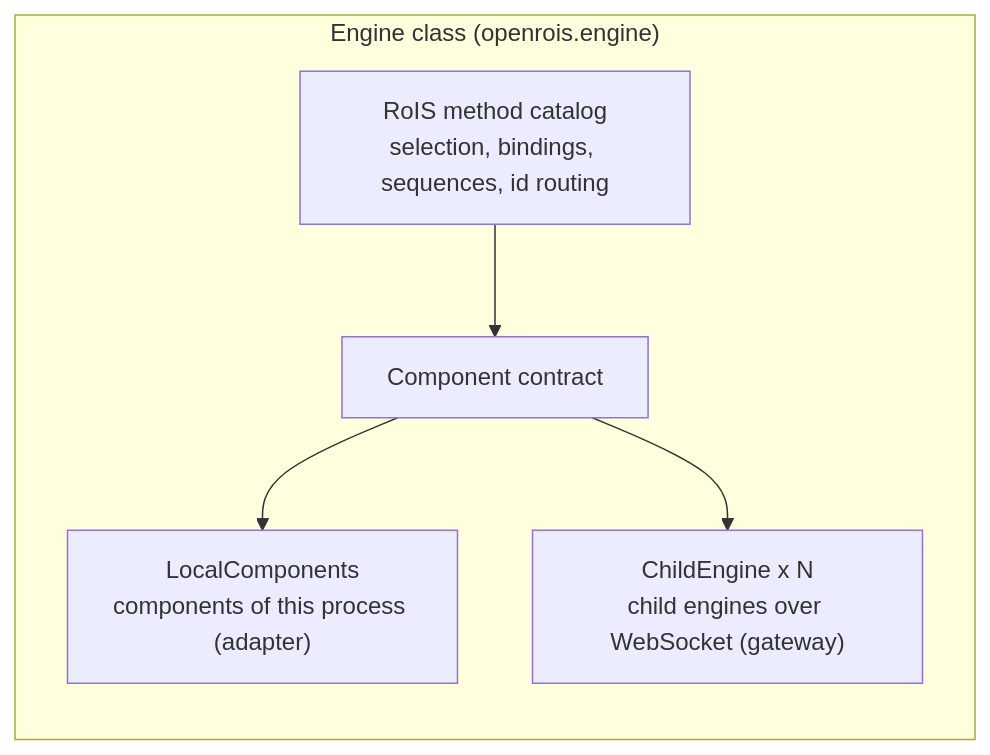
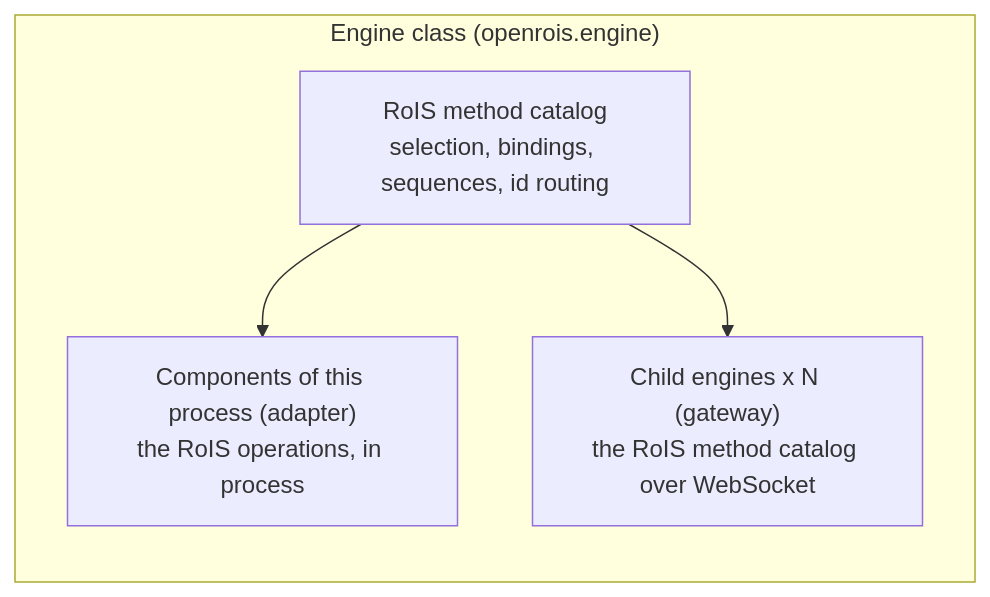
One commit to openrois/openrois changed the third of 18 diagrams in docs/white-paper.md. Above: the diagram before and after it, drawn with Mermaid. The commit also changed other lines of this file and 28 other files, not shown here.

First line of the commit message:
refactor!: name the component API after the RoIS messages and operations (#56)

````diff
--- a/docs/white-paper.md
+++ b/docs/white-paper.md
@@ -324,13 +325,11 @@
 ```mermaid
 flowchart TB
     subgraph Engine["Engine class (openrois.engine)"]
         direction TB
         Catalog["RoIS method catalog<br/>selection, bindings, sequences, id routing"]
-        Contract["Component contract"]
-        Local["LocalComponents<br/>components of this process (adapter)"]
-        Child["ChildEngine x N<br/>child engines over WebSocket (gateway)"]
-        Catalog --> Contract
-        Contract --> Local
-        Contract --> Child
+        Local["Components of this process (adapter)<br/>the RoIS operations, in process"]
+        Child["Child engines x N (gateway)<br/>the RoIS method catalog over WebSocket"]
+        Catalog --> Local
+        Catalog --> Child
     end
 ```
````
